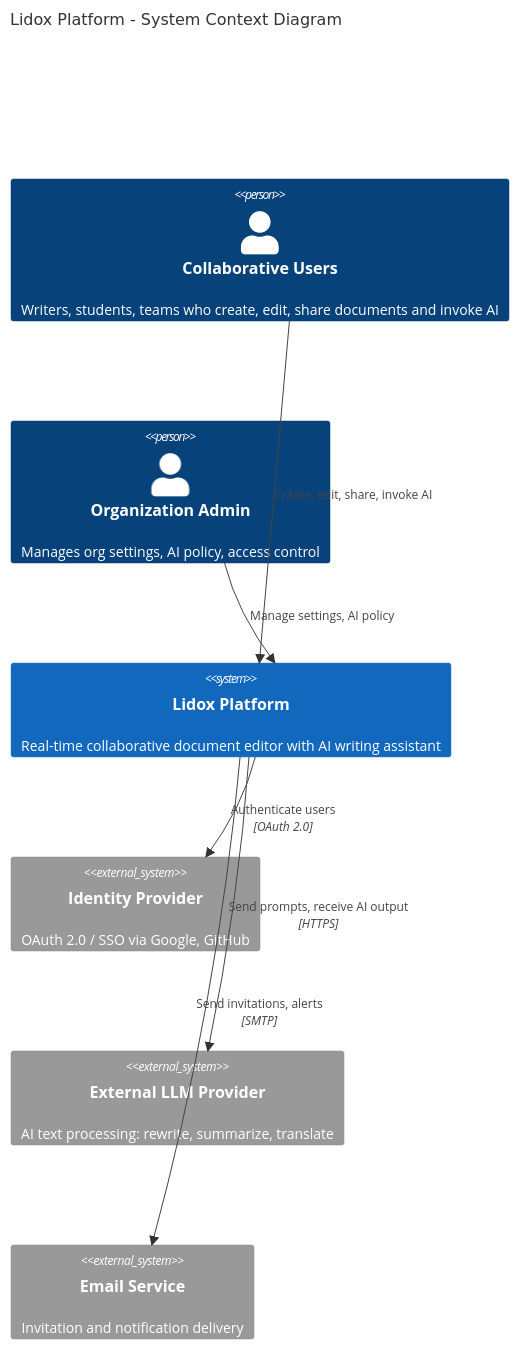
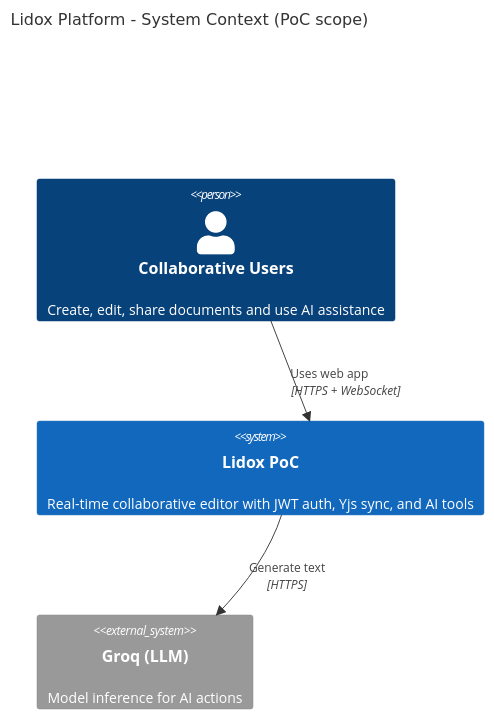
Before and after one commit to lidox-org/lidox: the diagram in diagrams/context.mmd, drawn with Mermaid. The commit also changed 20 other files, not shown here.

First line of the commit message:
docs: add DEVIATIONS, architecture notes, demo script, and align README

```diff
--- a/diagrams/context.mmd
+++ b/diagrams/context.mmd
@@ -1,17 +1,13 @@
 C4Context
-    title Lidox Platform - System Context Diagram
+    title Lidox Platform - System Context (PoC scope)
 
-    Person(users, "Collaborative Users", "Writers, students, teams who create, edit, share documents and invoke AI")
-    Person(admin, "Organization Admin", "Manages org settings, AI policy, access control")
+    Person(users, "Collaborative Users", "Create, edit, share documents and use AI assistance")
 
-    System(lidox, "Lidox Platform", "Real-time collaborative document editor with AI writing assistant")
+    System(lidox, "Lidox PoC", "Real-time collaborative editor with JWT auth, Yjs sync, and AI tools")
 
-    System_Ext(idp, "Identity Provider", "OAuth 2.0 / SSO via Google, GitHub")
-    System_Ext(llm, "External LLM Provider", "AI text processing: rewrite, summarize, translate")
-    System_Ext(email, "Email Service", "Invitation and notification delivery")
+    System_Ext(llm, "Groq (LLM)", "Model inference for AI actions")
 
-    Rel(users, lidox, "Create, edit, share, invoke AI")
-    Rel(admin, lidox, "Manage settings, AI policy")
-    Rel(lidox, idp, "Authenticate users", "OAuth 2.0")
-    Rel(lidox, llm, "Send prompts, receive AI output", "HTTPS")
-    Rel(lidox, email, "Send invitations, alerts", "SMTP")
+    Rel(users, lidox, "Uses web app", "HTTPS + WebSocket")
+    Rel(lidox, llm, "Generate text", "HTTPS")
+
+    %% OAuth, email invitations, and org-admin consoles are not wired in this repository.
```
